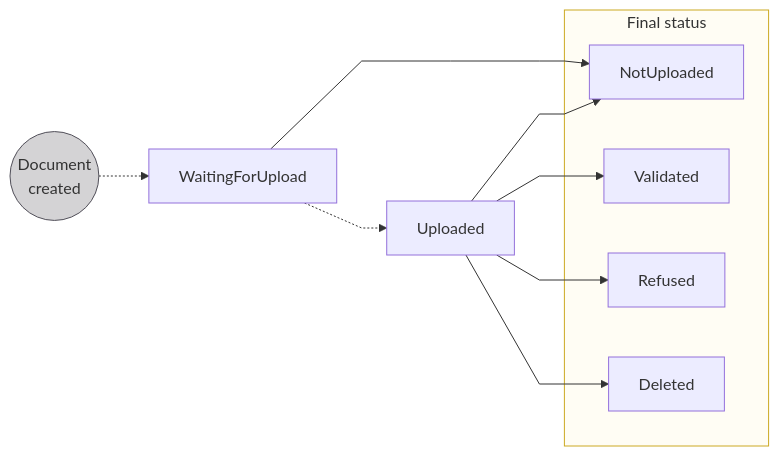
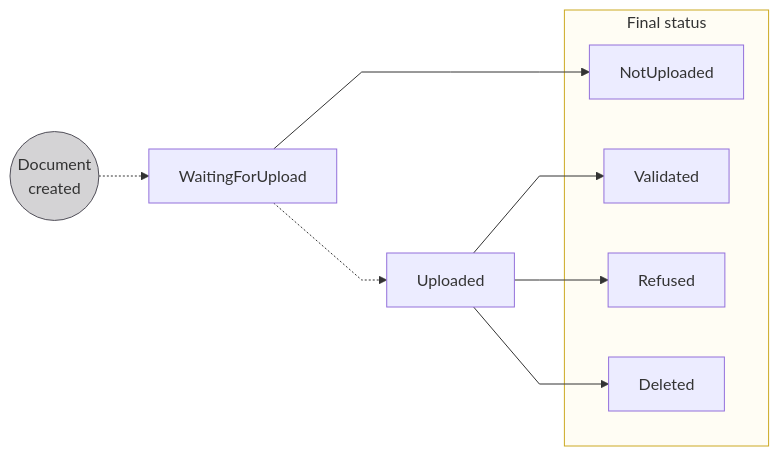
Before and after one commit to swan-io/docs: the second of 2 diagrams in docs/topics/onboarding/documents/about.mdx, drawn with Mermaid. The commit also changed other lines of this file and 13 other files, not shown here.

````diff
--- a/docs/topics/onboarding/documents/about.mdx
+++ b/docs/topics/onboarding/documents/about.mdx
@@ -76,19 +77,18 @@
 ```mermaid
 %%{ init: { 'flowchart': { 'curve': 'linear' } } }%%
 flowchart LR
     DO((Document<br/>created)) -.-> W[WaitingForUpload]
     W --> NU[NotUploaded]
     W -.-> U[Uploaded]
     U --> V[Validated]
     U --> RF[Refused]
     U --> D[Deleted]
     subgraph F[Final status]
         V
         RF
         D
         NU
     end
-    U --> NU
     style DO fill:#D4D3D5,stroke:#514F59
     style F fill:#fffdf4,stroke:#cca922
 ```
````
